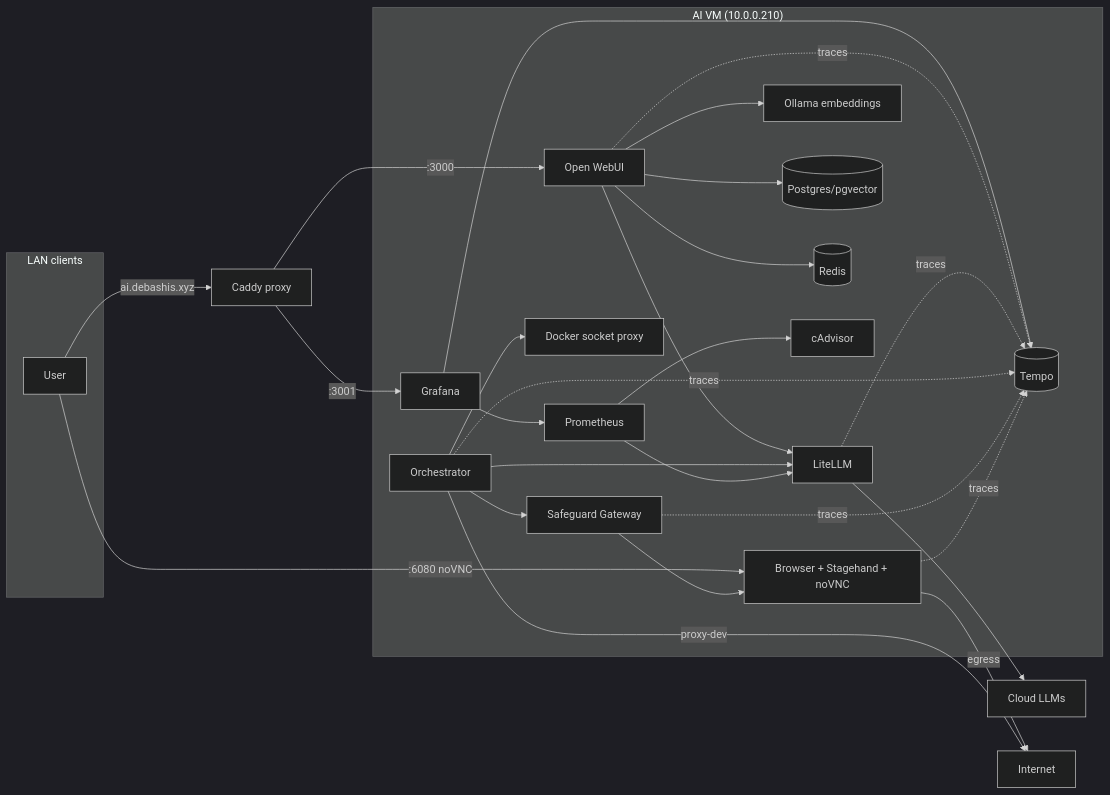
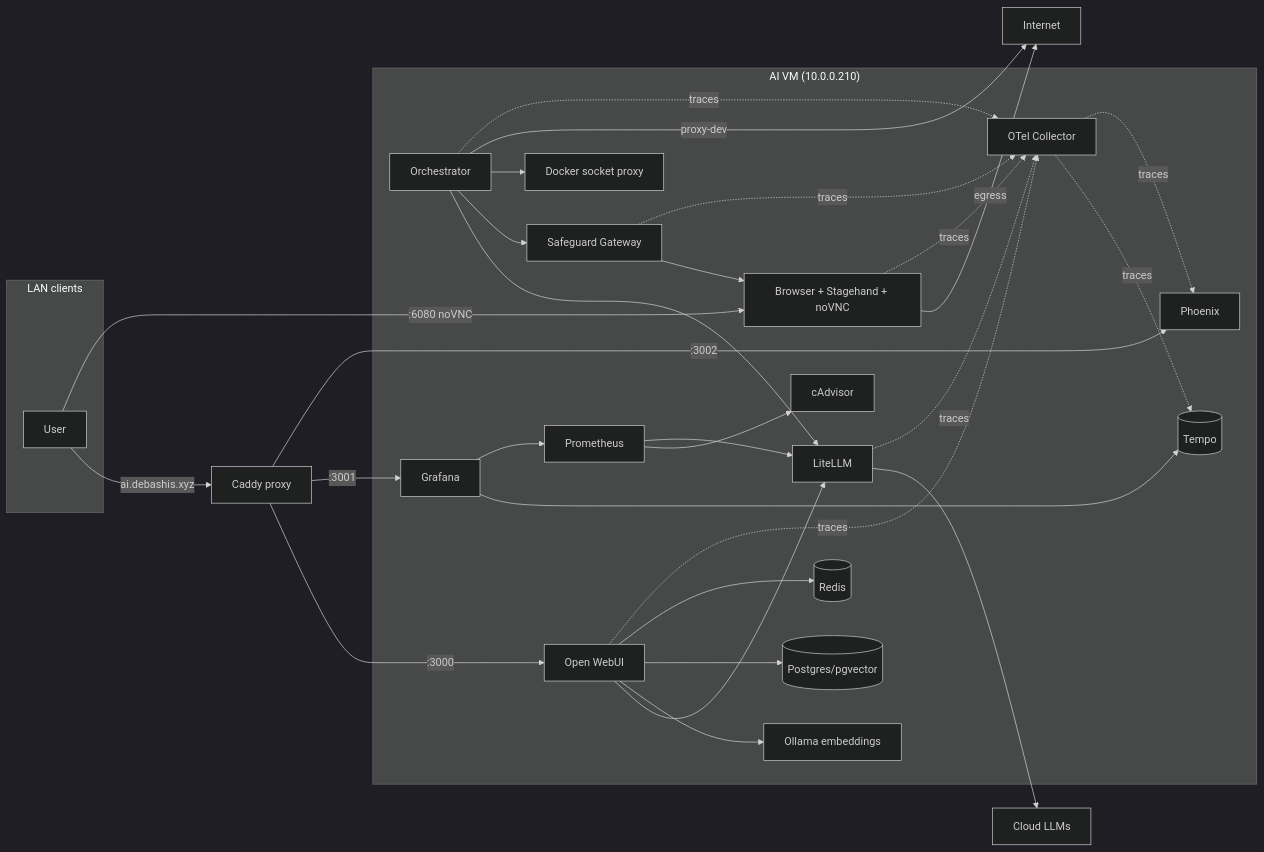
One commit to d1p/secure-ai-research-agent changed the diagram in README.md. Above: the diagram before and after it, drawn with Mermaid (dark theme). The commit also changed other lines of this file and 4 other files, not shown here.

First line of the commit message:
feat: add Phoenix LLM observability with OTel fan-out

````diff
--- a/README.md
+++ b/README.md
@@ -38,53 +40,58 @@
 ```mermaid
 flowchart LR
     subgraph clients["LAN clients"]
         user[User]
     end
     caddy[Caddy proxy]
 
     subgraph vm["AI VM (10.0.0.210)"]
         webui[Open WebUI]
         browser[Browser + Stagehand + noVNC]
         litellm[LiteLLM]
         ollama[Ollama embeddings]
         pg[(Postgres/pgvector)]
         redis[(Redis)]
         orchestrator[Orchestrator]
         gw[Safeguard Gateway]
         dsproxy[Docker socket proxy]
         grafana[Grafana]
+        phoenix[Phoenix]
+        otelcol[OTel Collector]
         tempo[(Tempo)]
         prom[Prometheus]
         cadvisor[cAdvisor]
     end
 
     cloud[Cloud LLMs]
     internet[Internet]
 
     user -->|ai.debashis.xyz| caddy
     caddy -->|:3000| webui
     caddy -->|:3001| grafana
+    caddy -->|:3002| phoenix
     user -->|:6080 noVNC| browser
 
     webui --> litellm
     webui --> ollama
     webui --> pg
     webui --> redis
     orchestrator --> litellm
     orchestrator --> gw
     orchestrator --> dsproxy
     gw --> browser
     litellm --> cloud
     browser -->|egress| internet
     orchestrator -->|proxy-dev| internet
 
     grafana --> tempo
     grafana --> prom
     prom --> cadvisor
     prom --> litellm
-    webui -.traces.-> tempo
-    litellm -.traces.-> tempo
-    orchestrator -.traces.-> tempo
-    gw -.traces.-> tempo
-    browser -.traces.-> tempo
+    webui -.traces.-> otelcol
+    litellm -.traces.-> otelcol
+    orchestrator -.traces.-> otelcol
+    gw -.traces.-> otelcol
+    browser -.traces.-> otelcol
+    otelcol -.traces.-> tempo
+    otelcol -.traces.-> phoenix
 ```
````
